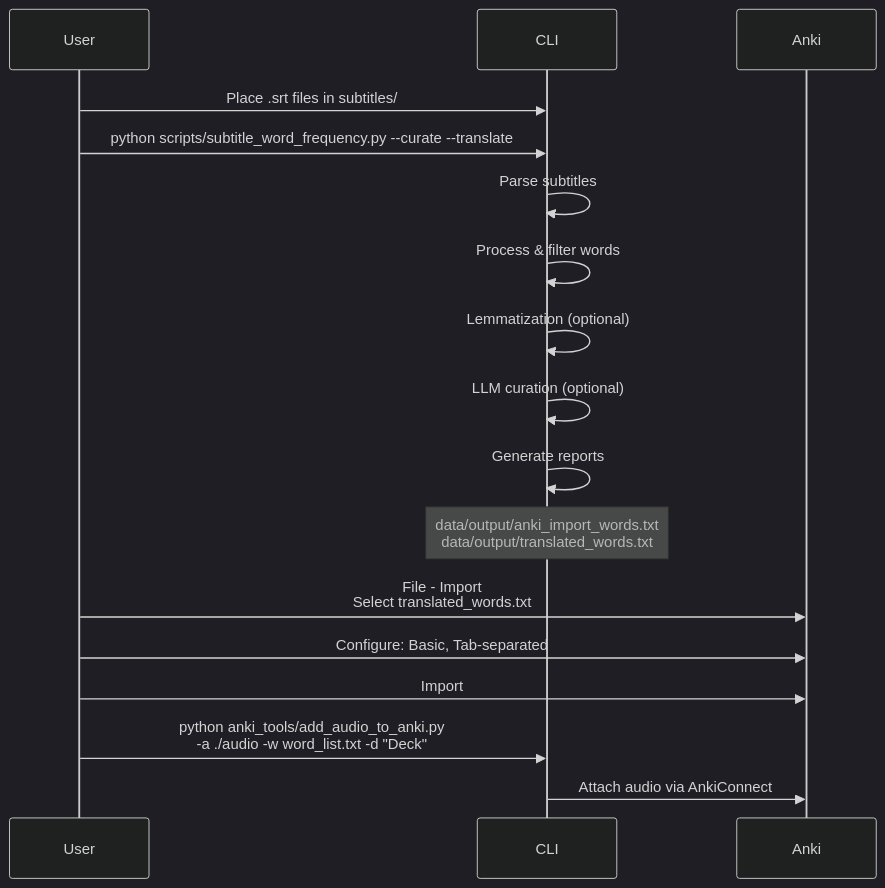
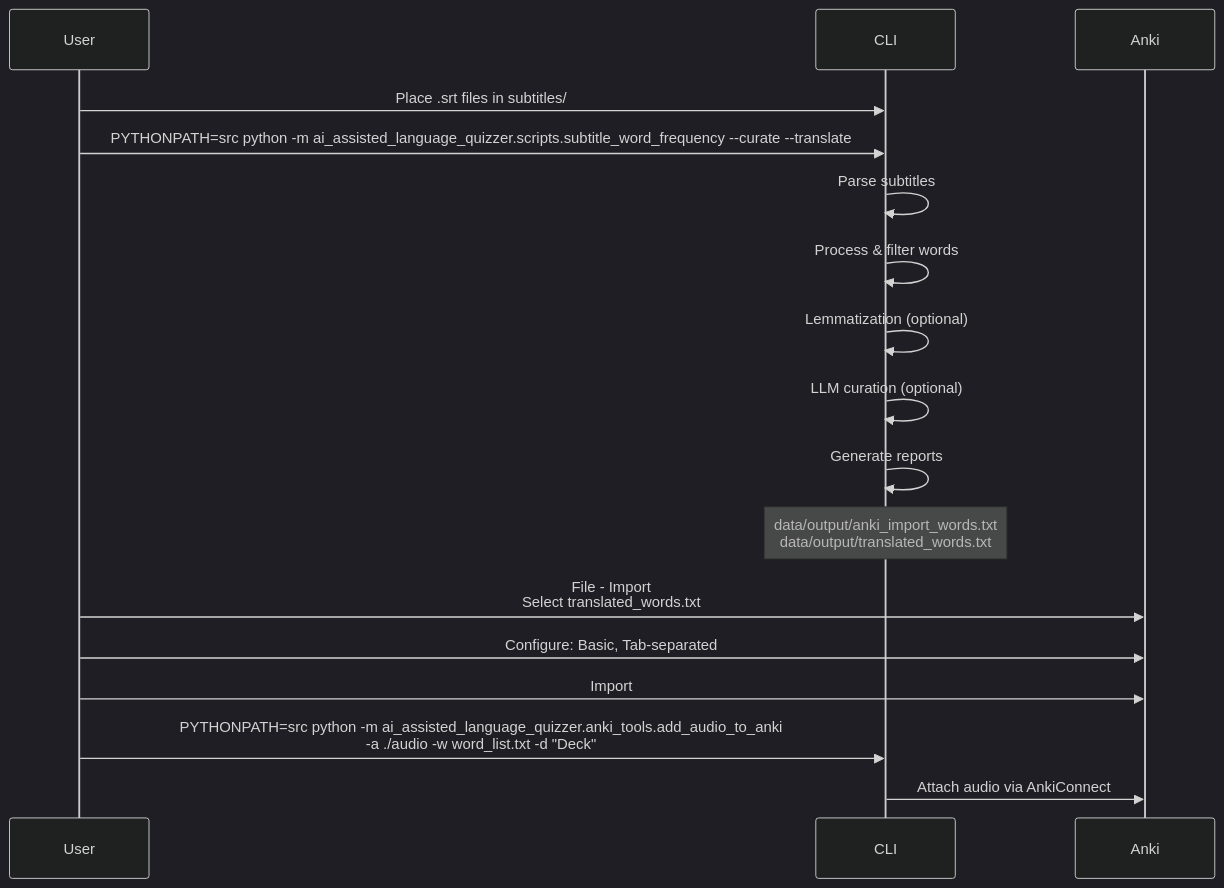
Before and after one commit to stratus-ss/ai_assisted_language_quizzer: diagram 15 of 17 in CODEFLOW.md, drawn with Mermaid (dark theme). The commit also changed other lines of this file and 1 other file, not shown here.

````diff
--- a/CODEFLOW.md
+++ b/CODEFLOW.md
@@ -617,22 +513,22 @@
 ```mermaid
 sequenceDiagram
     participant User
     participant CLI
     participant Anki
     
     User->>CLI: Place .srt files in subtitles/
-    User->>CLI: python scripts/subtitle_word_frequency.py --curate --translate
+    User->>CLI: PYTHONPATH=src python -m ai_assisted_language_quizzer.scripts.subtitle_word_frequency --curate --translate
     CLI->>CLI: Parse subtitles
     CLI->>CLI: Process & filter words
     CLI->>CLI: Lemmatization (optional)
     CLI->>CLI: LLM curation (optional)
     CLI->>CLI: Generate reports
     Note over CLI: data/output/anki_import_words.txt<br/>data/output/translated_words.txt
     
     User->>Anki: File - Import<br/>Select translated_words.txt
     User->>Anki: Configure: Basic, Tab-separated
     User->>Anki: Import
     
-    User->>CLI: python anki_tools/add_audio_to_anki.py<br/>-a ./audio -w word_list.txt -d "Deck"
+    User->>CLI: PYTHONPATH=src python -m ai_assisted_language_quizzer.anki_tools.add_audio_to_anki<br/>-a ./audio -w word_list.txt -d "Deck"
     CLI->>Anki: Attach audio via AnkiConnect
 ```
````
